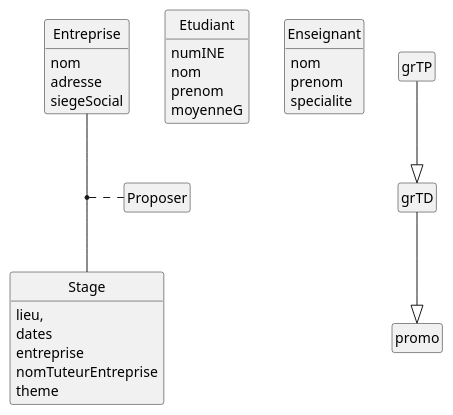
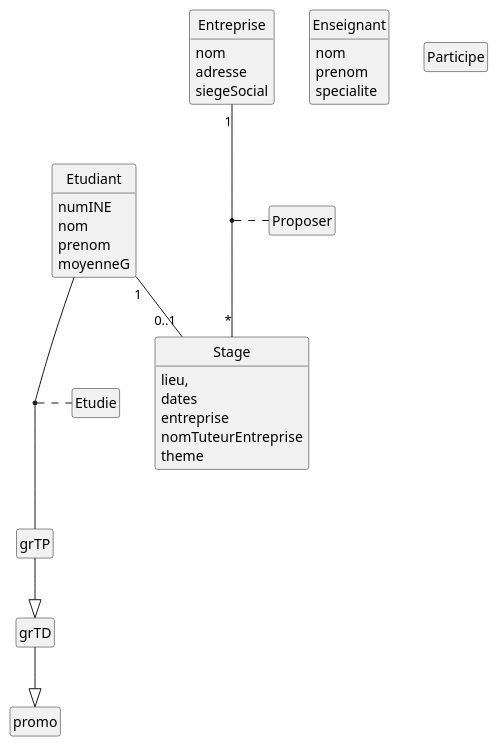
The diagram in TD03/TD3.1.1.plantuml (IUT-Blagnac/bcoo-NicolasIUT), drawn with PlantUML before and after one commit.

```diff
--- a/TD03/TD3.1.1.plantuml
+++ b/TD03/TD3.1.1.plantuml
@@ -1,64 +1,76 @@
 @startuml TD3.1.1
 '--------------------------------
 ' Parametres pour le dessin
 '--------------------------------
 hide circle
 hide empty members
 hide empty methods
 '--------------------------------
 
 'usecase recenser as "Recenser les demandes de stage"
 
 class Entreprise {
   nom
   adresse
   siegeSocial
 }
 
 class Etudiant {
   numINE
   nom
   prenom
   moyenneG
 }
 
 class Enseignant {
   nom
   prenom
   specialite
 }
 
 class Stage {
   lieu,
   dates
   entreprise
   nomTuteurEntreprise
   theme
 }
 
 class grTP {
   
 }
 
 class grTD {
   
 }
 
 class promo {
   
 }
 
 class Proposer {
   
 }
 
+class Participe {
+  
+}
+
+class Etudie {
+  
+}
+
 grTP --|> grTD
 grTD --|> promo
 
-Entreprise -- Stage
+Etudiant -- grTP
+(Etudiant, grTP) . Etudie
+
+Entreprise "1" -- "*" Stage
+Etudiant "1" -- "0..1" Stage
 
 (Entreprise, Stage) . Proposer
 
 
 
 @enduml
```
